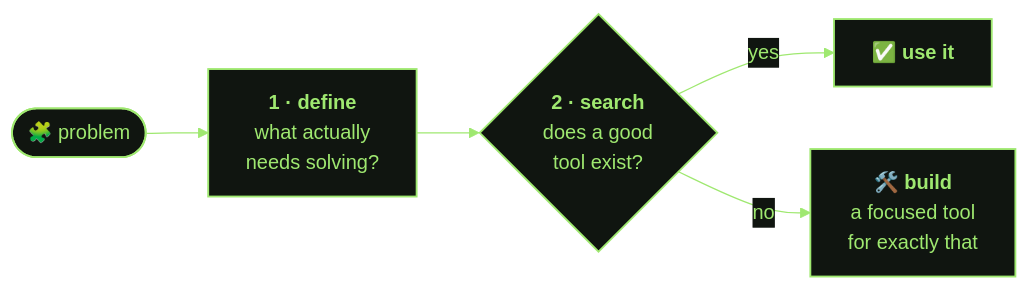
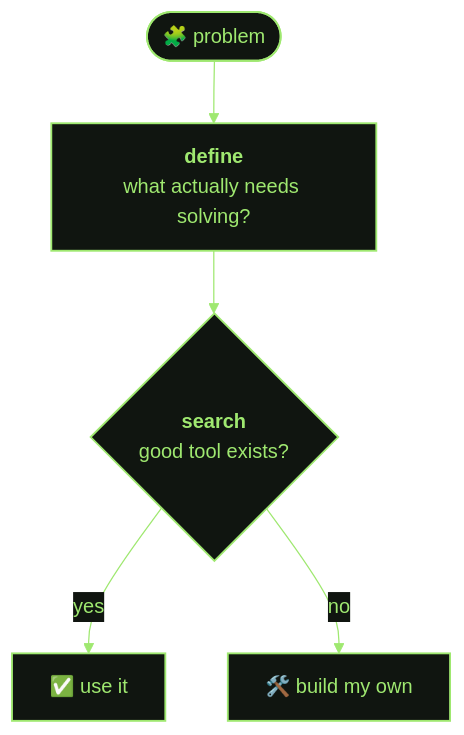
The diagram in README.md (nadludyna/nadludyna), drawn with Mermaid before and after one commit.

Commit message:
README: vertical flowchart, shorter labels
Claude-Session: https://claude.ai/code/session_01Wpp5eRwU6Vi12E9veTV8VL

````diff
--- a/README.md
+++ b/README.md
@@ -41,10 +41,10 @@
 ```mermaid
 %%{init: {"theme": "base", "themeVariables": {"fontFamily": "JetBrains Mono, monospace", "lineColor": "#9FE870", "primaryTextColor": "#9FE870", "textColor": "#9FE870", "edgeLabelBackground": "#101510"}}}%%
-flowchart LR
-    P(["🧩 problem"]) --> D["<b>1 · define</b><br/>what actually<br/>needs solving?"]
-    D --> S{"<b>2 · search</b><br/>does a good<br/>tool exist?"}
-    S -- yes --> U["✅ <b>use it</b>"]
-    S -- no --> B["🛠️ <b>build</b><br/>a focused tool<br/>for exactly that"]
+flowchart TD
+    P(["🧩 problem"]) --> D["<b>define</b><br/>what actually needs solving?"]
+    D --> S{"<b>search</b><br/>good tool exists?"}
+    S -- yes --> U["✅ use it"]
+    S -- no --> B["🛠️ build my own"]
     classDef box fill:#101510,stroke:#9FE870,color:#9FE870,stroke-width:1.5px
     class P,D,S,U,B box
 ```
````
